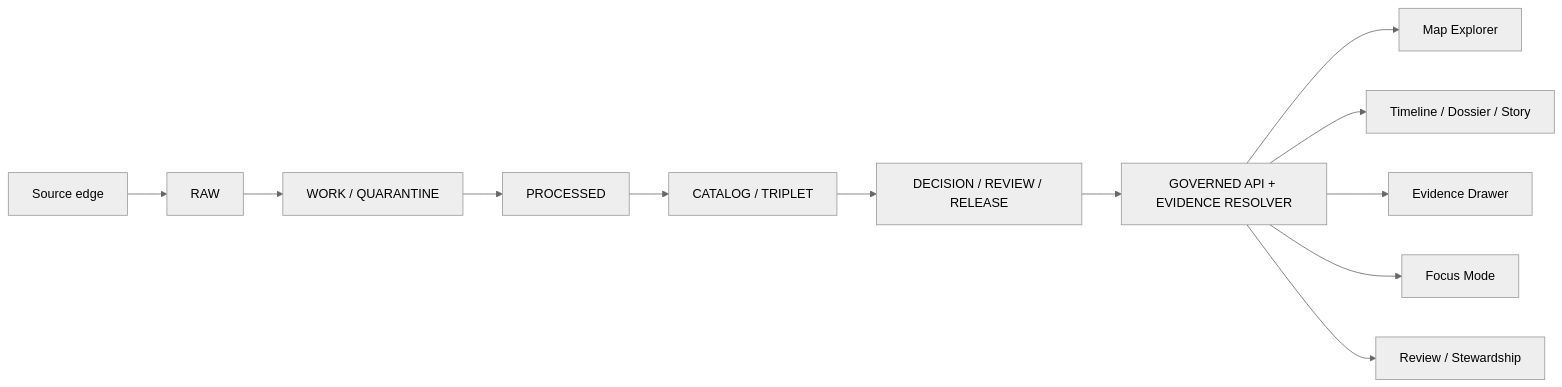
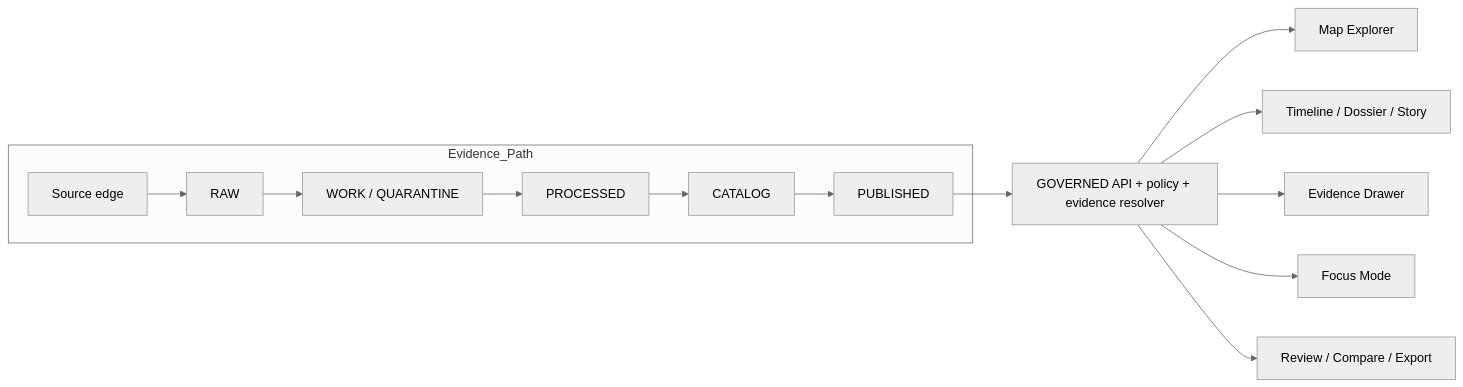
One commit to bartytime4life/Kansas-Frontier-Matrix changed the diagram in README.md. Above: the diagram before and after it, drawn with Mermaid (neutral theme). The commit also changed other lines of this file, not shown here.

````diff
--- a/README.md
+++ b/README.md
@@ -329,14 +349,17 @@
 ```mermaid
 flowchart LR
-    A[Source edge] --> B[RAW]
-    B --> C[WORK / QUARANTINE]
-    C --> D[PROCESSED]
-    D --> E[CATALOG / TRIPLET]
-    E --> F[DECISION / REVIEW / RELEASE]
-    F --> G[GOVERNED API + EVIDENCE RESOLVER]
+    subgraph Evidence_Path
+      A[Source edge] --> B[RAW]
+      B --> C[WORK / QUARANTINE]
+      C --> D[PROCESSED]
+      D --> E[CATALOG]
+      E --> F[PUBLISHED]
+    end
+
+    F --> G[GOVERNED API + policy + evidence resolver]
     G --> H[Map Explorer]
     G --> I[Timeline / Dossier / Story]
     G --> J[Evidence Drawer]
     G --> K[Focus Mode]
-    G --> L[Review / Stewardship]
+    G --> L[Review / Compare / Export]
 ```
````
